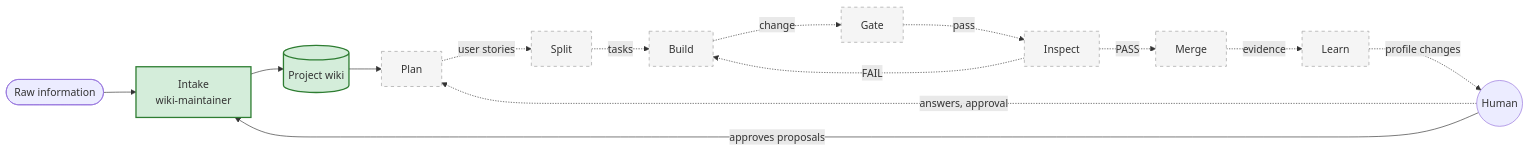
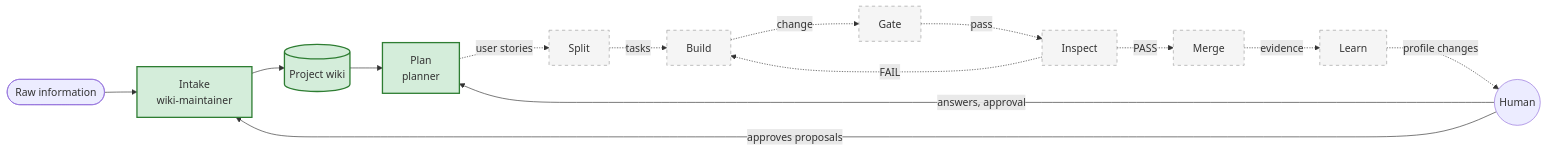
The diagram in docs/factory.md (juancrfig/ergon), drawn with Mermaid before and after one commit. The commit also changed other lines of this file and 17 other files, not shown here.

Commit message:
Plan node: rounds of JSON questions ending in stories; event log, pending and one CLI for all nodes (ADR 0013, 0014)

````diff
--- a/docs/factory.md
+++ b/docs/factory.md
@@ -8,21 +8,21 @@
 ```mermaid
 flowchart LR
     raw([Raw information]) --> intake
     intake[Intake<br/>wiki-maintainer] --> wiki[(Project wiki)]
     wiki --> plan
-    human((Human)) -. answers, approval .-> plan
-    plan[Plan] -. user stories .-> split[Split]
+    human((Human)) -- answers, approval --> plan
+    plan[Plan<br/>planner] -. user stories .-> split[Split]
     split -. tasks .-> build[Build]
     build -. change .-> gate[Gate]
     gate -. pass .-> inspect[Inspect]
     inspect -. PASS .-> merge[Merge]
     inspect -. FAIL .-> build
     merge -. evidence .-> learn[Learn]
     learn -. profile changes .-> human
     human -- approves proposals --> intake
 
     classDef built fill:#d4edda,stroke:#2e7d32,stroke-width:2px;
     classDef todo fill:#f5f5f5,stroke:#9e9e9e,stroke-dasharray:5 5;
-    class intake,wiki built;
-    class plan,split,build,gate,inspect,merge,learn todo;
+    class intake,wiki,plan built;
+    class split,build,gate,inspect,merge,learn todo;
 ```
````
